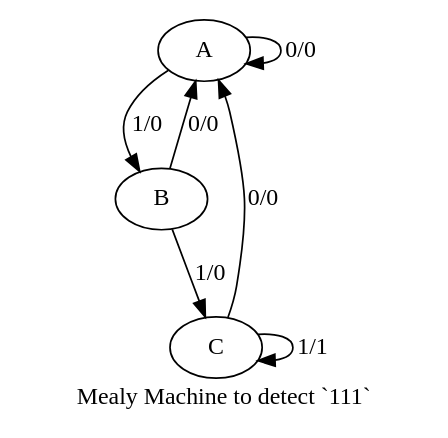
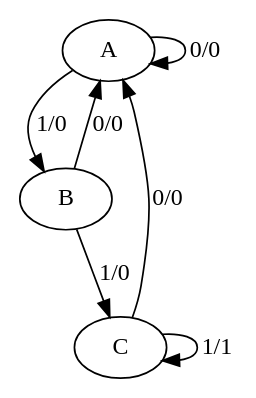
Before and after one commit to say4n/fsmutil: the diagram in seq2fsm/output/mealy_fsm_for_111.dot, drawn with Graphviz. The commit also changed 19 other files, not shown here.

```diff
--- a/seq2fsm/output/mealy_fsm_for_111.dot
+++ b/seq2fsm/output/mealy_fsm_for_111.dot
@@ -1,15 +1,11 @@
-digraph "" {
-	graph [label="Mealy Machine to detect `111`"];
-	A -> A [key=0,
-	label="0/0"];
-A -> B [key=0,
-label="1/0"];
-B -> A [key=0,
-label="0/0"];
-B -> C [key=0,
-label="1/0"];
-C -> A [key=0,
-label="0/0"];
-C -> C [key=0,
-label="1/1"];
+digraph  {
+A;
+B;
+C;
+A -> B  [key=0, label="1/0"];
+A -> A  [key=0, label="0/0"];
+B -> C  [key=0, label="1/0"];
+B -> A  [key=0, label="0/0"];
+C -> C  [key=0, label="1/1"];
+C -> A  [key=0, label="0/0"];
 }
```
